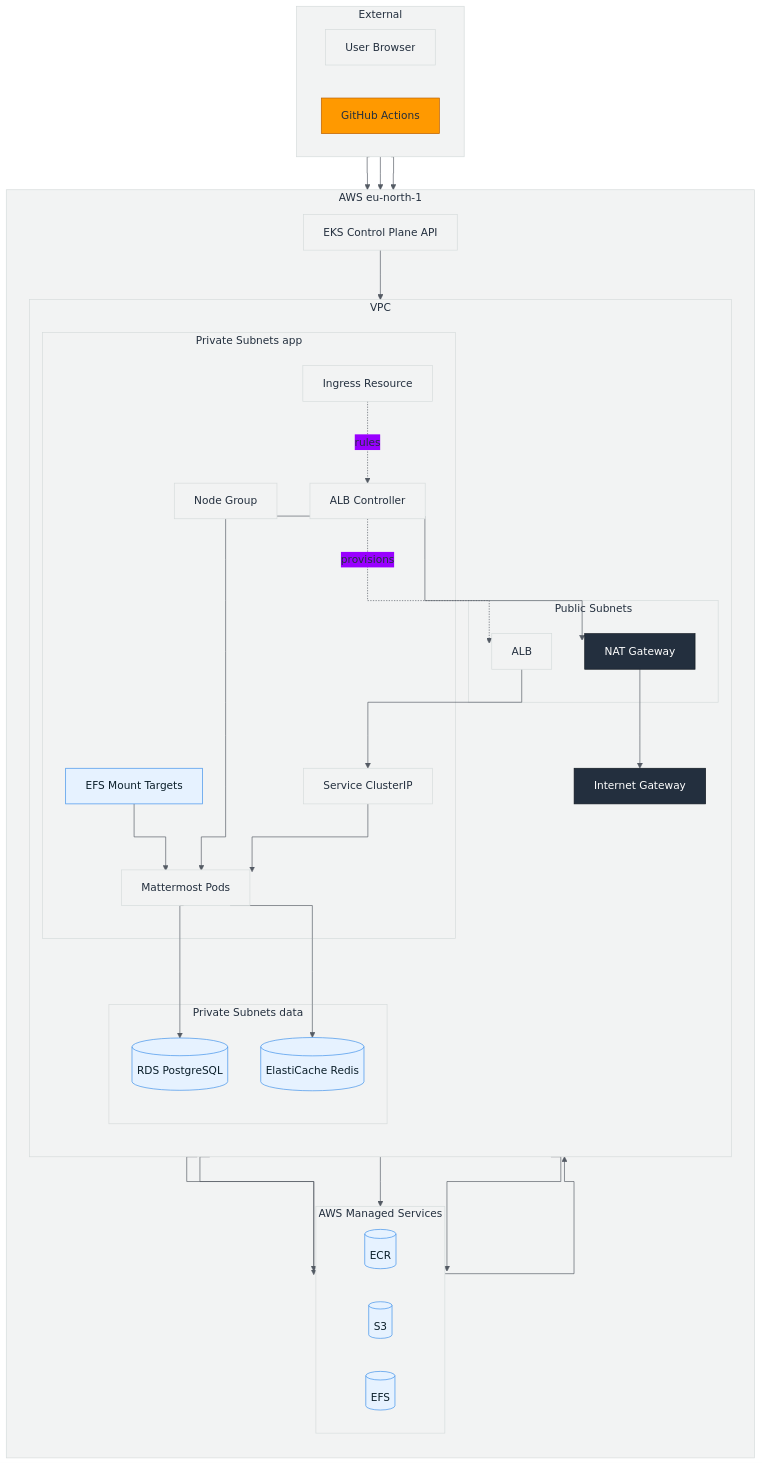
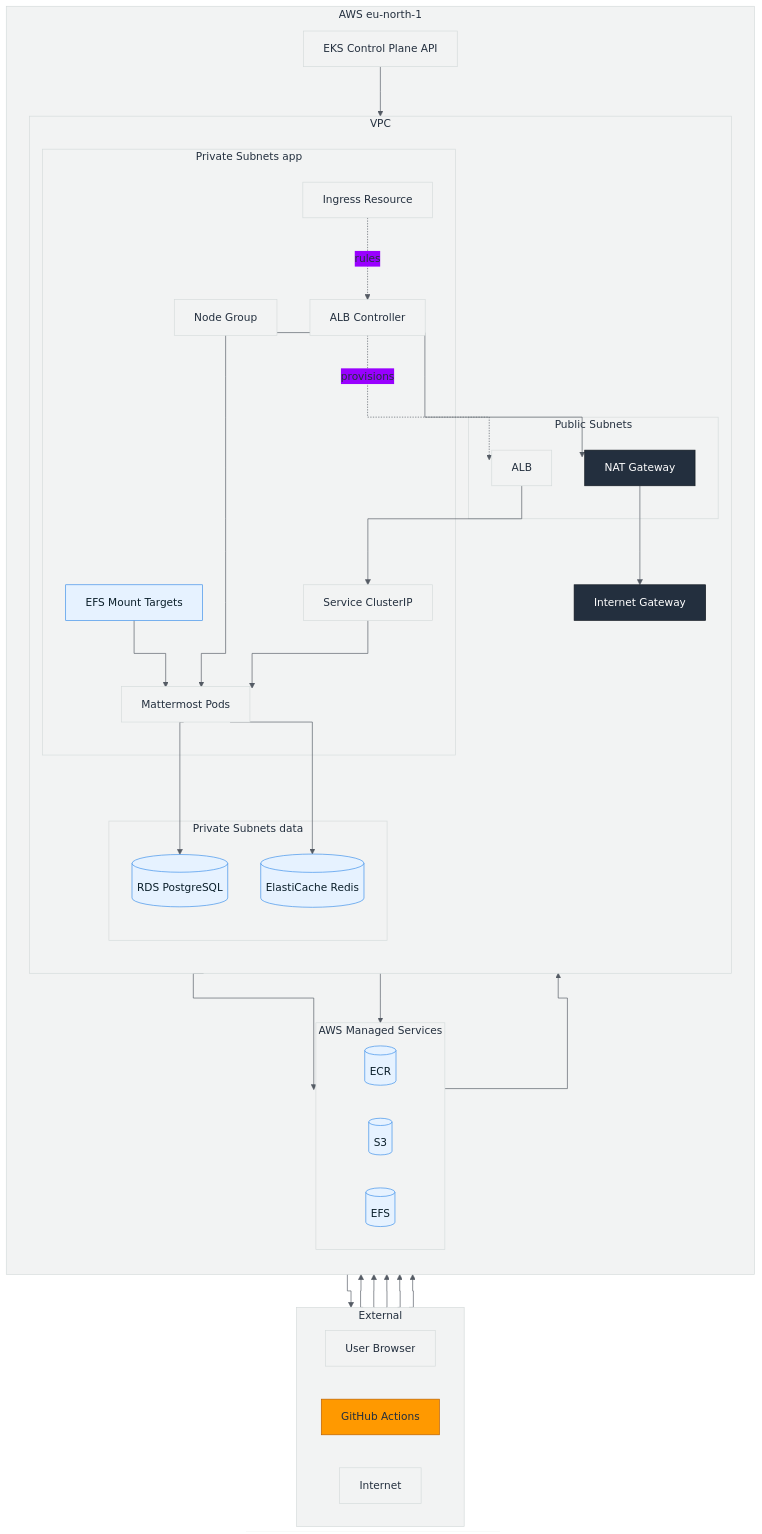
Before and after one commit to saeed0000000/project-mattermost: the diagram in docs/architecture-diagram.md, drawn with Mermaid.

Commit message:
docs: update architecture diagram for ingress controller and aws styling

```diff
--- a/docs/architecture-diagram.md
+++ b/docs/architecture-diagram.md
@@ -16,6 +16,7 @@
     direction LR
     user[User Browser]
     gha[GitHub Actions]
+    internet[Internet]
   end
 
   subgraph aws[AWS eu-north-1]
@@ -77,8 +78,9 @@
 
   %% Image pulls / outbound to AWS services (no VPC endpoints)
   ng --> nat --> igw
-  nat --> ecr
-  nat --> s3
+  igw --> internet
+  internet --> ecr
+  internet --> s3
 
   %% Styling
   classDef awsfill fill:#FF9900,stroke:#B85E00,color:#232F3E;
@@ -90,6 +92,7 @@
   class igw,nat dark;
   class gha awsfill;
   class user light;
+  class internet light;
   class ekscp light;
   class alb,ng,lbc,ing,svc,mm light;
   class rds,cache,ecr,s3,efs,efsmt data;
```
